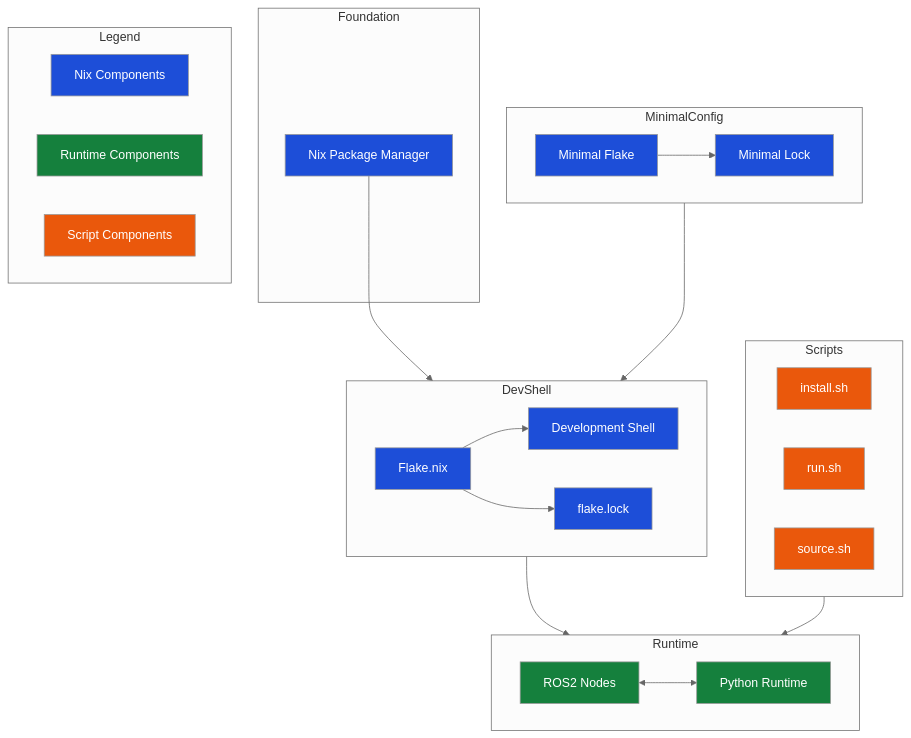
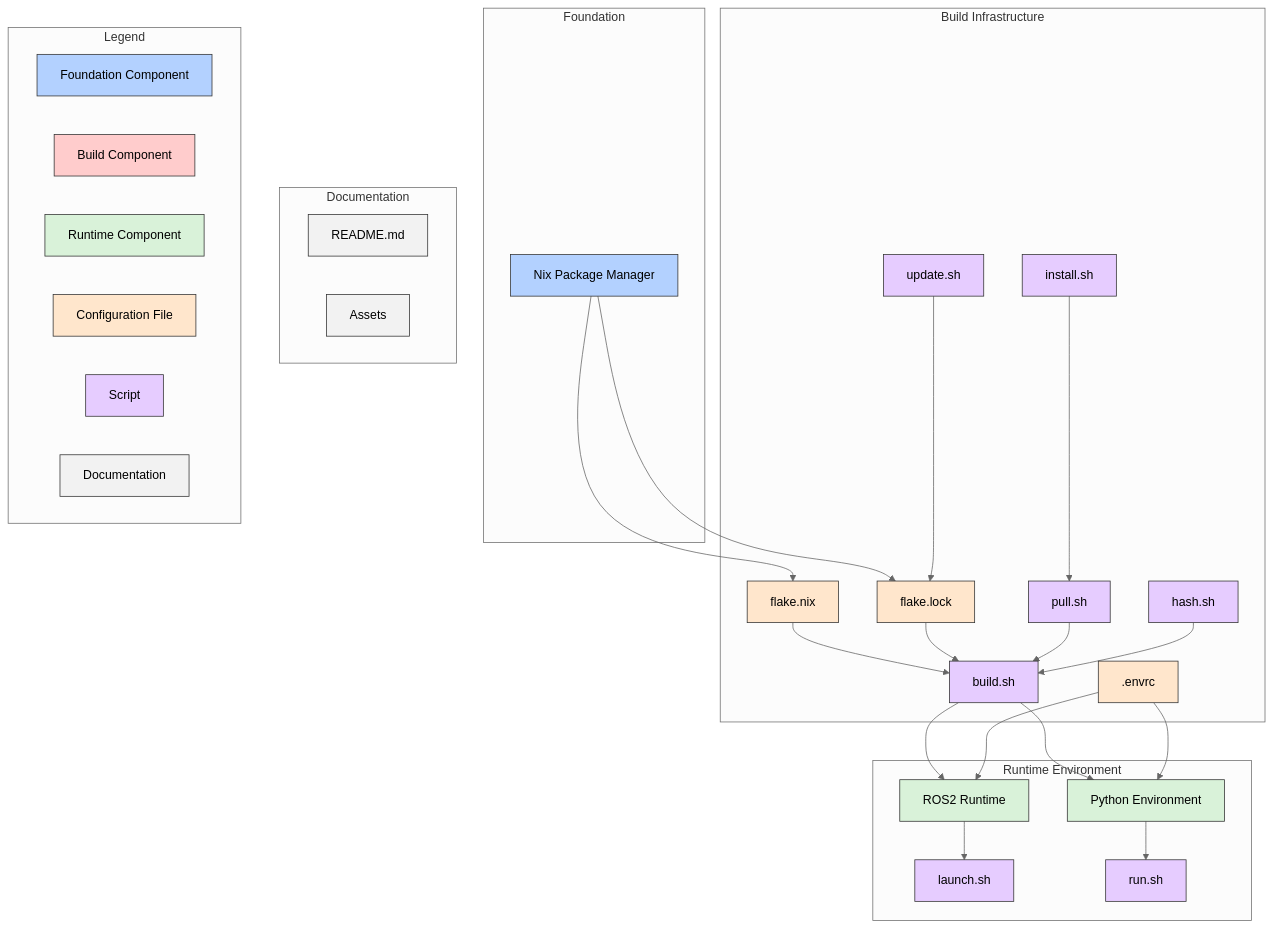
One commit to youwen5/arcturus_nix changed the diagram in README.md. Above: the diagram before and after it, drawn with Mermaid (neutral theme).

Commit message:
docs(readme): update diagram (#17)
new gitdiagram

````diff
--- a/README.md
+++ b/README.md
@@ -13,59 +13,81 @@
 ```mermaid
 flowchart TB
-    subgraph Runtime
-        ROS2[ROS2 Nodes]:::runtime
-        Python[Python Runtime]:::runtime
-        ROS2 <--> Python
+    %% Styles and classes
+    classDef foundation fill:#b3d1ff,stroke:#333
+    classDef build fill:#ffcccc,stroke:#333
+    classDef runtime fill:#d9f2d9,stroke:#333
+    classDef config fill:#ffe6cc,stroke:#333
+    classDef script fill:#e6ccff,stroke:#333
+    classDef doc fill:#f2f2f2,stroke:#333
+
+    %% Foundation Layer
+    subgraph Foundation
+        NixPM["Nix Package Manager"]:::foundation
     end
 
-    subgraph DevShell
-        Flake[Flake.nix]:::nix
-        Shell[Development Shell]:::nix
-        Flake --> Shell
-        Lock[flake.lock]:::nix
-        Flake --> Lock
+    %% Build Infrastructure Layer
+    subgraph BuildInfra["Build Infrastructure"]
+        FlakeNix["flake.nix"]:::config
+        FlakeLock["flake.lock"]:::config
+        BuildSh["build.sh"]:::script
+        InstallSh["install.sh"]:::script
+        PullSh["pull.sh"]:::script
+        UpdateSh["update.sh"]:::script
+        HashSh["hash.sh"]:::script
+        EnvRC[".envrc"]:::config
     end
 
-    subgraph Scripts
-        Install[install.sh]:::script
-        Run[run.sh]:::script
-        Source[source.sh]:::script
+    %% Runtime Environment Layer
+    subgraph Runtime["Runtime Environment"]
+        ROS2["ROS2 Runtime"]:::runtime
+        Python["Python Environment"]:::runtime
+        LaunchSh["launch.sh"]:::script
+        RunSh["run.sh"]:::script
     end
 
-    subgraph MinimalConfig
-        TinyFlake[Minimal Flake]:::nix
-        TinyLock[Minimal Lock]:::nix
-        TinyFlake --> TinyLock
-    end
-
-    subgraph Foundation
-        Nix[Nix Package Manager]:::nix
+    %% Documentation
+    subgraph Docs["Documentation"]
+        ReadMe["README.md"]:::doc
+        Assets["Assets"]:::doc
     end
 
     %% Relationships
-    Nix --> DevShell
-    DevShell --> Runtime
-    Scripts --> Runtime
-    MinimalConfig --> DevShell
+    NixPM --> FlakeNix
+    NixPM --> FlakeLock
+    FlakeNix --> BuildSh
+    FlakeLock --> BuildSh
+    InstallSh --> PullSh
+    PullSh --> BuildSh
+    BuildSh --> ROS2
+    BuildSh --> Python
+    EnvRC --> ROS2
+    EnvRC --> Python
+    UpdateSh --> FlakeLock
+    HashSh --> BuildSh
+    ROS2 --> LaunchSh
+    Python --> RunSh
 
-    %% Click Events
-    click Flake "https://github.com/arcturusnavigation/arcturus_nix/blob/main/flake.nix"
-    click Lock "https://github.com/arcturusnavigation/arcturus_nix/blob/main/flake.lock"
-    click Install "https://github.com/arcturusnavigation/arcturus_nix/blob/main/install.sh"
-    click Run "https://github.com/arcturusnavigation/arcturus_nix/blob/main/run.sh"
-    click Source "https://github.com/arcturusnavigation/arcturus_nix/blob/main/source.sh"
-    click TinyFlake "https://github.com/arcturusnavigation/arcturus_nix/blob/main/tiny/flake.nix"
-    click TinyLock "https://github.com/arcturusnavigation/arcturus_nix/blob/main/tiny/flake.lock"
-
-    %% Styling
-    classDef nix fill:#1d4ed8,color:white
-    classDef runtime fill:#15803d,color:white
-    classDef script fill:#ea580c,color:white
+    %% Click events
+    click FlakeNix "https://github.com/ArcturusNavigation/arcturus_nix/blob/main/flake.nix"
+    click FlakeLock "https://github.com/ArcturusNavigation/arcturus_nix/blob/main/flake.lock"
+    click BuildSh "https://github.com/ArcturusNavigation/arcturus_nix/blob/main/build.sh"
+    click InstallSh "https://github.com/ArcturusNavigation/arcturus_nix/blob/main/install.sh"
+    click PullSh "https://github.com/ArcturusNavigation/arcturus_nix/blob/main/pull.sh"
+    click UpdateSh "https://github.com/ArcturusNavigation/arcturus_nix/blob/main/update.sh"
+    click HashSh "https://github.com/ArcturusNavigation/arcturus_nix/blob/main/hash.sh"
+    click EnvRC "https://github.com/ArcturusNavigation/arcturus_nix/blob/main/.envrc"
+    click LaunchSh "https://github.com/ArcturusNavigation/arcturus_nix/blob/main/launch.sh"
+    click RunSh "https://github.com/ArcturusNavigation/arcturus_nix/blob/main/run.sh"
+    click ReadMe "https://github.com/ArcturusNavigation/arcturus_nix/blob/main/README.md"
+    click Assets "https://github.com/ArcturusNavigation/arcturus_nix/tree/main/assets/"
 
     %% Legend
     subgraph Legend
-        L1[Nix Components]:::nix
-        L2[Runtime Components]:::runtime
-        L3[Script Components]:::script
+        L1["Foundation Component"]:::foundation
+        L2["Build Component"]:::build
+        L3["Runtime Component"]:::runtime
+        L4["Configuration File"]:::config
+        L5["Script"]:::script
+        L6["Documentation"]:::doc
     end
 ```
````
